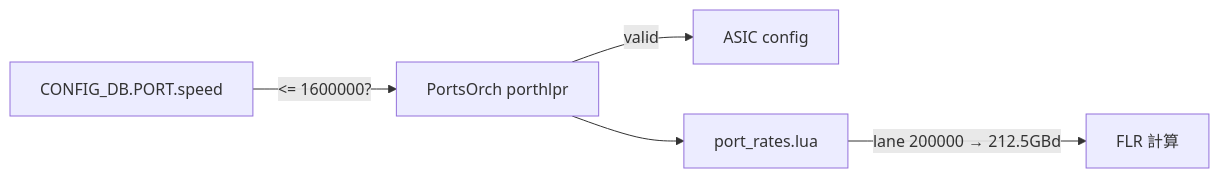
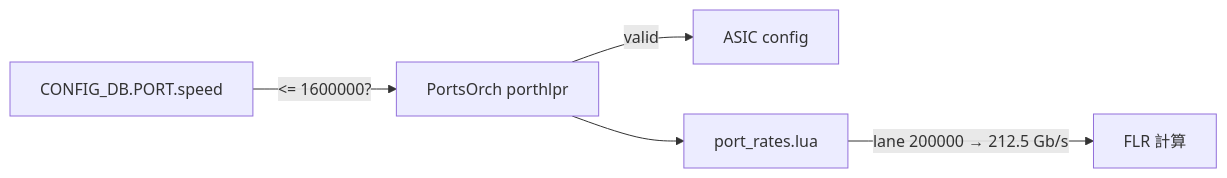
The diagram in docs/platform/1-6t-support-in-sonic.md (aoki-taquan/sonic-unofficial-docs), drawn with Mermaid before and after one commit. The commit also changed other lines of this file and 14 other files, not shown here.

````diff
--- a/docs/platform/1-6t-support-in-sonic.md
+++ b/docs/platform/1-6t-support-in-sonic.md
@@ -128,7 +131,7 @@
 ```mermaid
 flowchart LR
     PORT[CONFIG_DB.PORT.speed] -->|<= 1600000?| PO[PortsOrch porthlpr]
     PO -->|valid| AOR[ASIC config]
     PO --> COUNTERS[port_rates.lua]
-    COUNTERS -->|lane 200000 → 212.5GBd| FLR[FLR 計算]
+    COUNTERS -->|lane 200000 → 212.5 Gb/s| FLR[FLR 計算]
 ```
````
